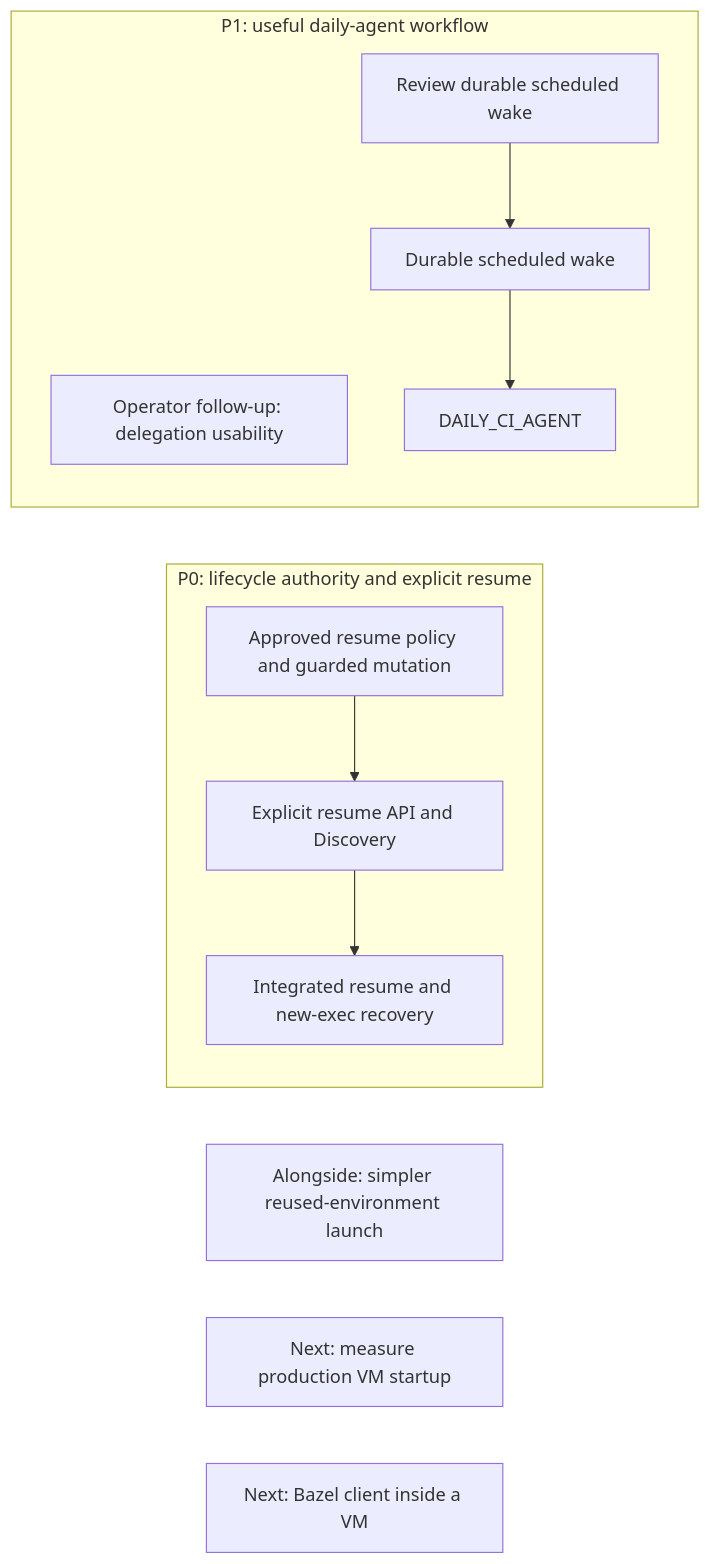
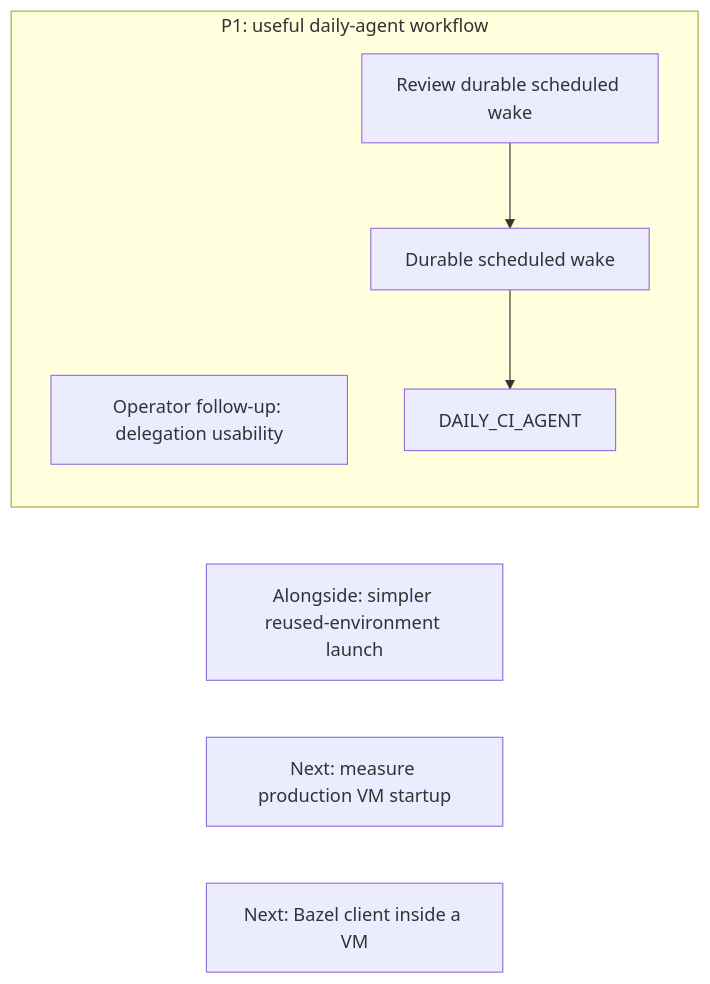
The first of 18 diagrams in agentplane/plans/task_dag.md (agentydragon/ducktape), drawn with Mermaid before and after one commit. The commit also changed other lines of this file and 2 other files, not shown here.

Commit message:
docs(agentplane): burn down completed resume plan

````diff
--- a/agentplane/plans/task_dag.md
+++ b/agentplane/plans/task_dag.md
@@ -193,16 +175,11 @@
 ```mermaid
 flowchart LR
-    subgraph PRIORITY_ZERO[P0: lifecycle authority and explicit resume]
-        ENVIRONMENT_LIFECYCLE_BACKEND[Approved resume policy and guarded mutation]
-        ENVIRONMENT_LIFECYCLE_BACKEND --> ENVIRONMENT_RESUME_API[Explicit resume API and Discovery]
-        ENVIRONMENT_RESUME_API --> EXEC_SUSPENDED_RESUME[Integrated resume and new-exec recovery]
-    end
     subgraph PRIORITY_ONE[P1: useful daily-agent workflow]
         THREAD_CREATE_AUTHORIZATION[Operator follow-up: delegation usability]
         SCHEDULED_AGENT_WAKE_DESIGN[Review durable scheduled wake] --> SCHEDULED_AGENT_WAKE
         SCHEDULED_AGENT_WAKE[Durable scheduled wake] --> DAILY_CI_AGENT
     end
     SESSION_LAUNCH_FRICTION[Alongside: simpler reused-environment launch]
     VM_STARTUP_LATENCY[Next: measure production VM startup]
     LOCAL_BAZEL[Next: Bazel client inside a VM]
 ```
````
